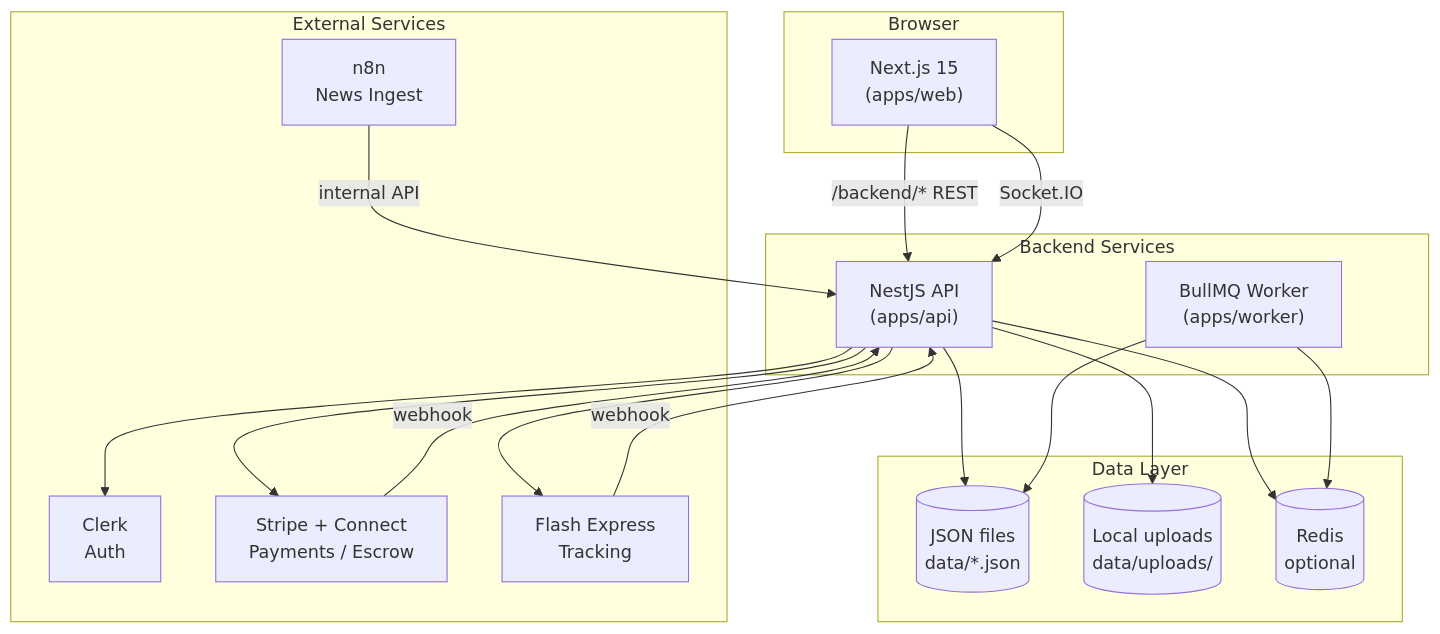
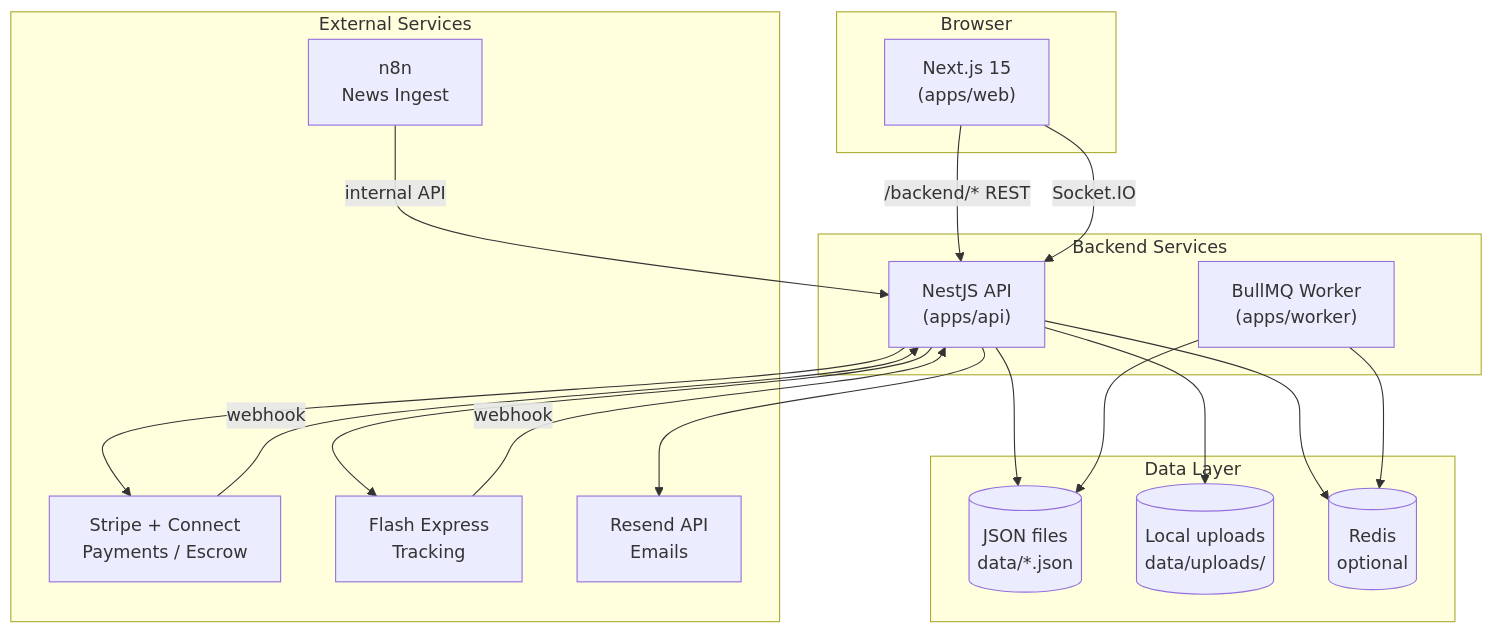
The first of 6 diagrams in README.md (danaiwut/Card_sell_Ecommerce), drawn with Mermaid before and after one commit. The commit also changed other lines of this file and 1 other file, not shown here.

````diff
--- a/README.md
+++ b/README.md
@@ -143,38 +144,38 @@
 ```mermaid
 flowchart TB
     subgraph Client["Browser"]
         WEB["Next.js 15<br/>(apps/web)"]
     end
 
     subgraph Backend["Backend Services"]
         API["NestJS API<br/>(apps/api)"]
         WORKER["BullMQ Worker<br/>(apps/worker)"]
     end
 
     subgraph Data["Data Layer"]
         JSON[("JSON files<br/>data/*.json")]
         UPLOADS[("Local uploads<br/>data/uploads/")]
         REDIS[("Redis<br/>optional")]
     end
 
     subgraph External["External Services"]
-        CLERK["Clerk<br/>Auth"]
         STRIPE["Stripe + Connect<br/>Payments / Escrow"]
         FLASH["Flash Express<br/>Tracking"]
+        RESEND["Resend API<br/>Emails"]
         N8N["n8n<br/>News Ingest"]
     end
 
     WEB -->|"/backend/* REST"| API
     WEB -->|"Socket.IO"| API
     API --> JSON
     API --> UPLOADS
     API --> REDIS
     WORKER --> JSON
     WORKER --> REDIS
-    API --> CLERK
     API --> STRIPE
     API --> FLASH
+    API --> RESEND
     N8N -->|internal API| API
     STRIPE -->|webhook| API
     FLASH -->|webhook| API
 ```
````
